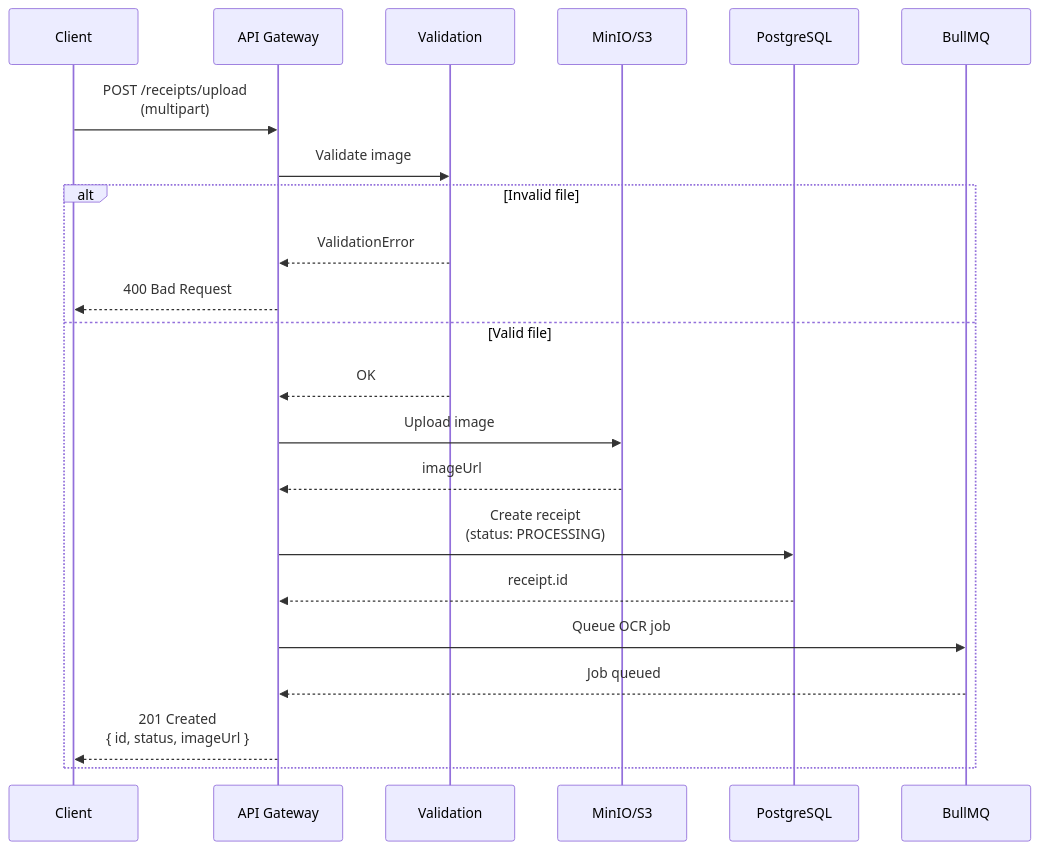
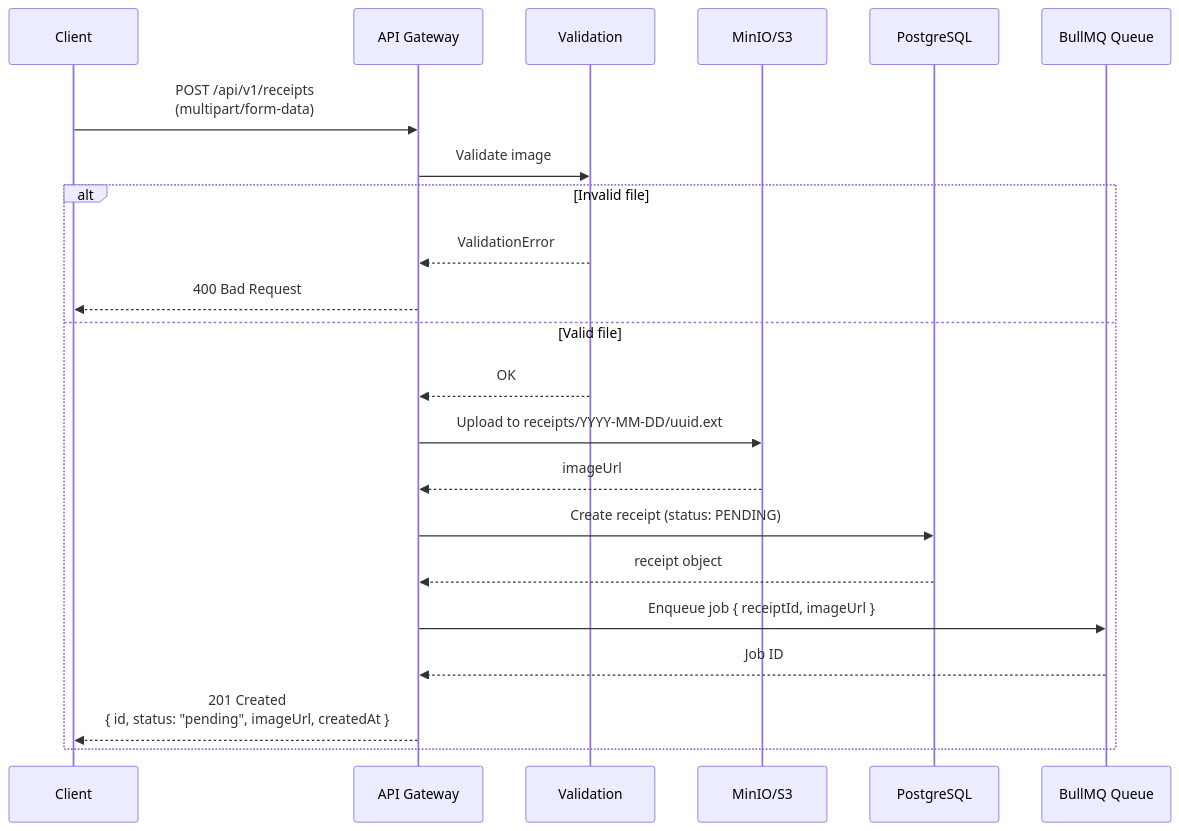
Before and after one commit to mpwg/Pricey: the third of 5 diagrams in docs/ARCHITECTURE-CURRENT.md, drawn with Mermaid. The commit also changed other lines of this file and 1 other file, not shown here.

````diff
--- a/docs/ARCHITECTURE-CURRENT.md
+++ b/docs/ARCHITECTURE-CURRENT.md
@@ -420,25 +475,25 @@
 ```mermaid
 sequenceDiagram
     participant C as Client
     participant GW as API Gateway
     participant V as Validation
     participant S3 as MinIO/S3
     participant DB as PostgreSQL
-    participant Q as BullMQ
+    participant Q as BullMQ Queue
 
-    C->>GW: POST /receipts/upload<br/>(multipart)
+    C->>GW: POST /api/v1/receipts<br/>(multipart/form-data)
     GW->>V: Validate image
     alt Invalid file
         V-->>GW: ValidationError
         GW-->>C: 400 Bad Request
     else Valid file
         V-->>GW: OK
-        GW->>S3: Upload image
+        GW->>S3: Upload to receipts/YYYY-MM-DD/uuid.ext
         S3-->>GW: imageUrl
-        GW->>DB: Create receipt<br/>(status: PROCESSING)
-        DB-->>GW: receipt.id
-        GW->>Q: Queue OCR job
-        Q-->>GW: Job queued
-        GW-->>C: 201 Created<br/>{ id, status, imageUrl }
+        GW->>DB: Create receipt (status: PENDING)
+        DB-->>GW: receipt object
+        GW->>Q: Enqueue job { receiptId, imageUrl }
+        Q-->>GW: Job ID
+        GW-->>C: 201 Created<br/>{ id, status: "pending", imageUrl, createdAt }
     end
 ```
````
